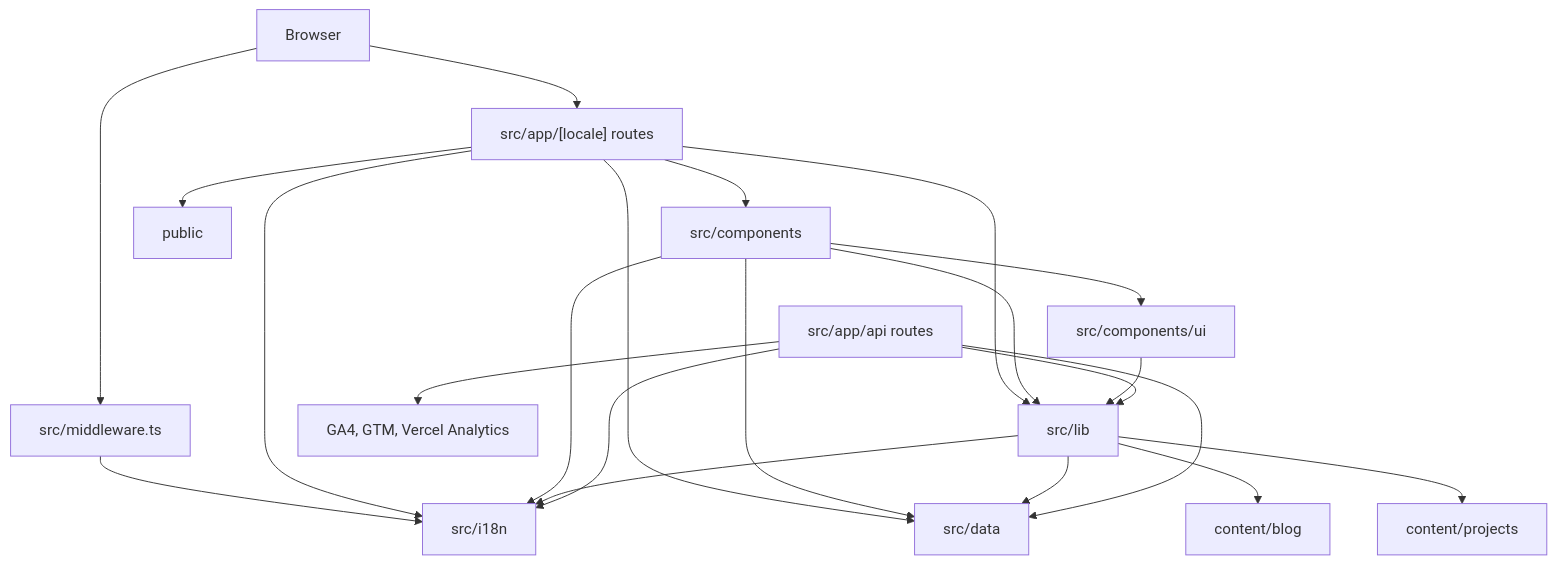
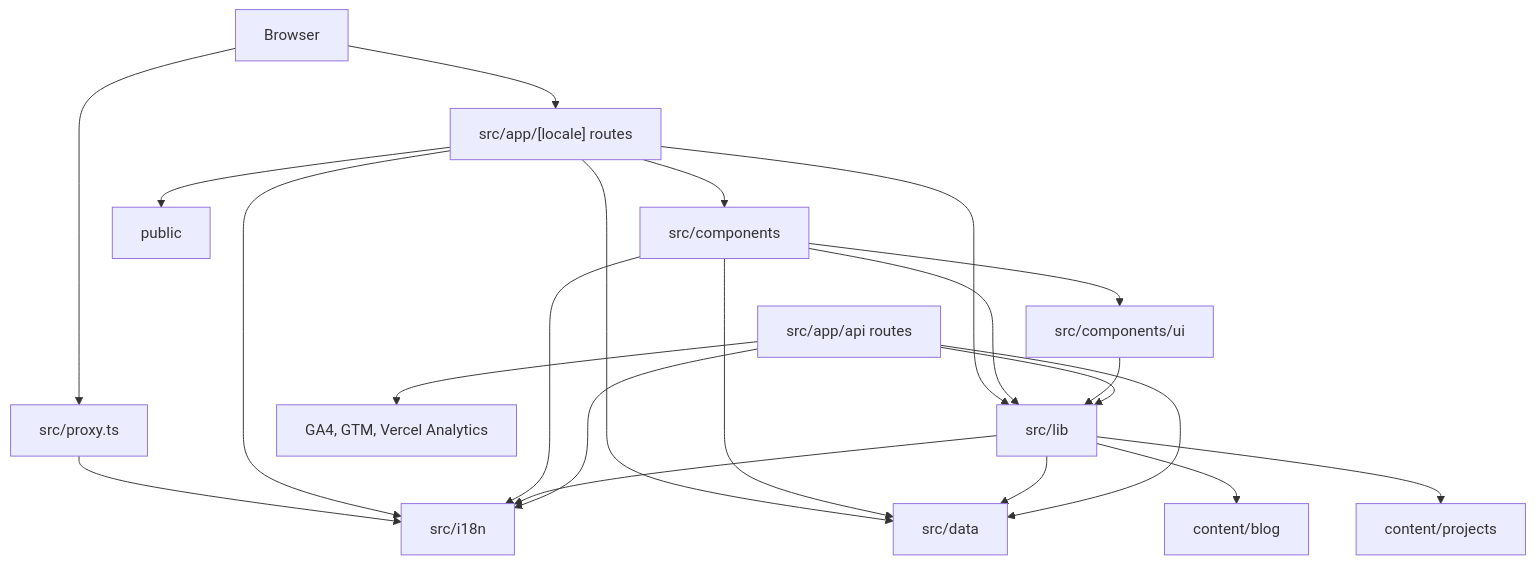
One commit to CreatBob/career-portfolio changed the diagram in docs/ARCHITECTURE.md. Above: the diagram before and after it, drawn with Mermaid. The commit also changed other lines of this file and 1 other file, not shown here.

````diff
--- a/docs/ARCHITECTURE.md
+++ b/docs/ARCHITECTURE.md
@@ -16,38 +16,38 @@
 ```mermaid
 graph TD
     Browser["Browser"]
-    Proxy["src/middleware.ts"]
+    Proxy["src/proxy.ts"]
     App["src/app/[locale] routes"]
     Api["src/app/api routes"]
     Components["src/components"]
     UI["src/components/ui"]
     I18n["src/i18n"]
     Lib["src/lib"]
     Data["src/data"]
     BlogContent["content/blog"]
     ProjectContent["content/projects"]
     Public["public"]
     ThirdParty["GA4, GTM, Vercel Analytics"]
 
     Browser --> Proxy
     Proxy --> I18n
     Browser --> App
     App --> Components
     App --> I18n
     App --> Lib
     App --> Data
     App --> Public
     Components --> UI
     Components --> I18n
     Components --> Lib
     Components --> Data
     UI --> Lib
     Lib --> Data
     Lib --> I18n
     Lib --> BlogContent
     Lib --> ProjectContent
     Api --> Lib
     Api --> I18n
     Api --> Data
     Api --> ThirdParty
 ```
````
